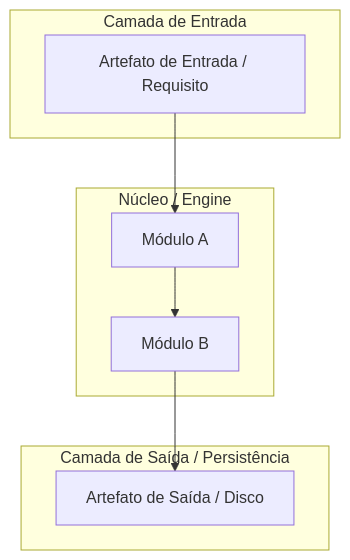
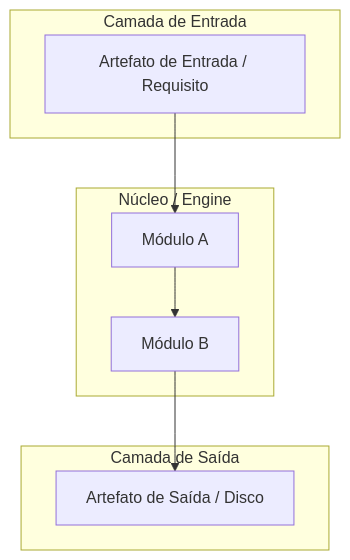
The diagram in docs/templates/TEMPLATE_SPEC.md (heverton-dev/LegoLoop), drawn with Mermaid before and after one commit. The commit also changed other lines of this file and 12 other files, not shown here.

````diff
--- a/docs/templates/TEMPLATE_SPEC.md
+++ b/docs/templates/TEMPLATE_SPEC.md
@@ -18,17 +46,17 @@
 ```mermaid
 flowchart TD
     subgraph Entrada ["Camada de Entrada"]
         In1["Artefato de Entrada / Requisito"]
     end
 
-    subgraph Processamento ["Núcleo / Engine"]
+    subgraph Nucleo ["Núcleo / Engine"]
         M1["Módulo A"] --> M2["Módulo B"]
     end
 
-    subgraph Saida ["Camada de Saída / Persistência"]
+    subgraph Saida ["Camada de Saída"]
         Out1["Artefato de Saída / Disco"]
     end
 
     In1 --> M1
     M2 --> Out1
 ```
````
